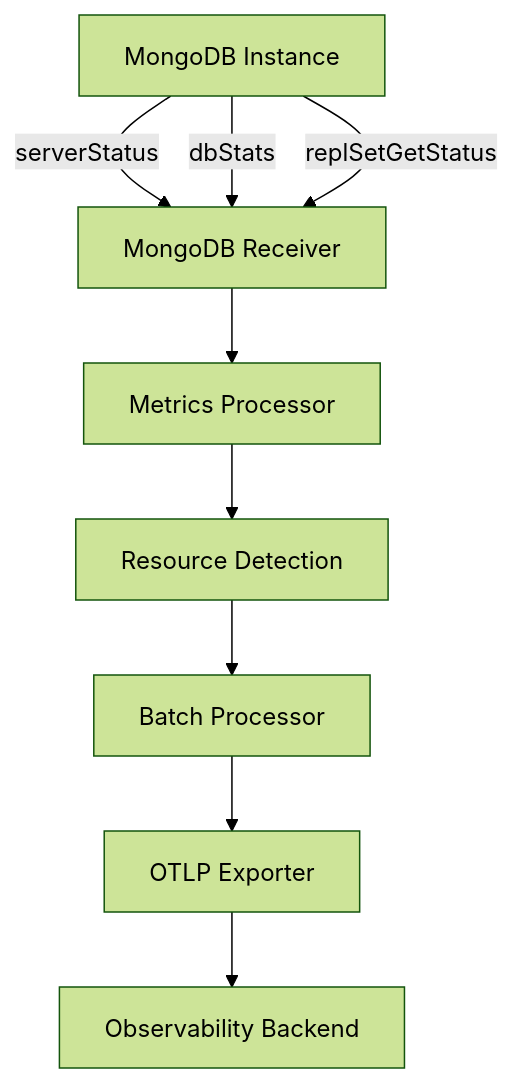
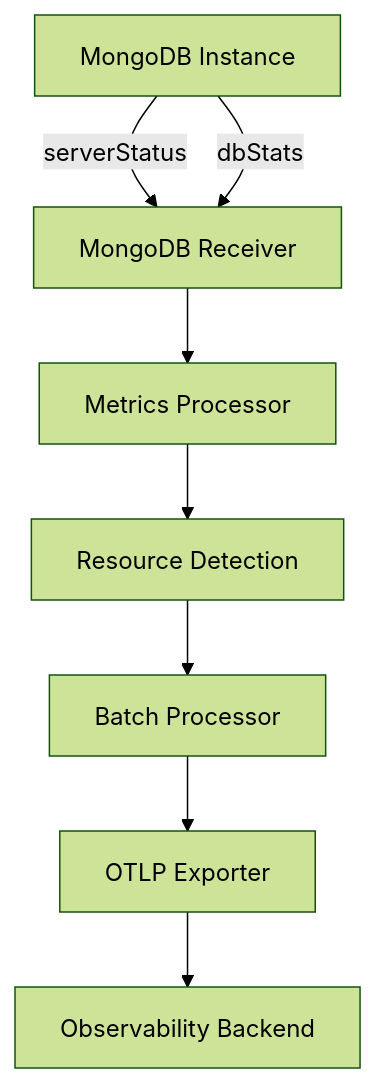
The diagram in posts/2026-02-06-mongodb-receiver-opentelemetry-collector/README.md (OneUptime/blog), drawn with Mermaid (forest theme) before and after one commit. The commit also changed other lines of this file and 2 other files, not shown here.

````diff
--- a/posts/2026-02-06-mongodb-receiver-opentelemetry-collector/README.md
+++ b/posts/2026-02-06-mongodb-receiver-opentelemetry-collector/README.md
@@ -17,11 +17,10 @@
 ```mermaid
 graph TD
     A[MongoDB Instance] -->|serverStatus| B[MongoDB Receiver]
     A -->|dbStats| B
-    A -->|replSetGetStatus| B
     B --> C[Metrics Processor]
     C --> D[Resource Detection]
     D --> E[Batch Processor]
     E --> F[OTLP Exporter]
     F --> G[Observability Backend]
 ```
````
